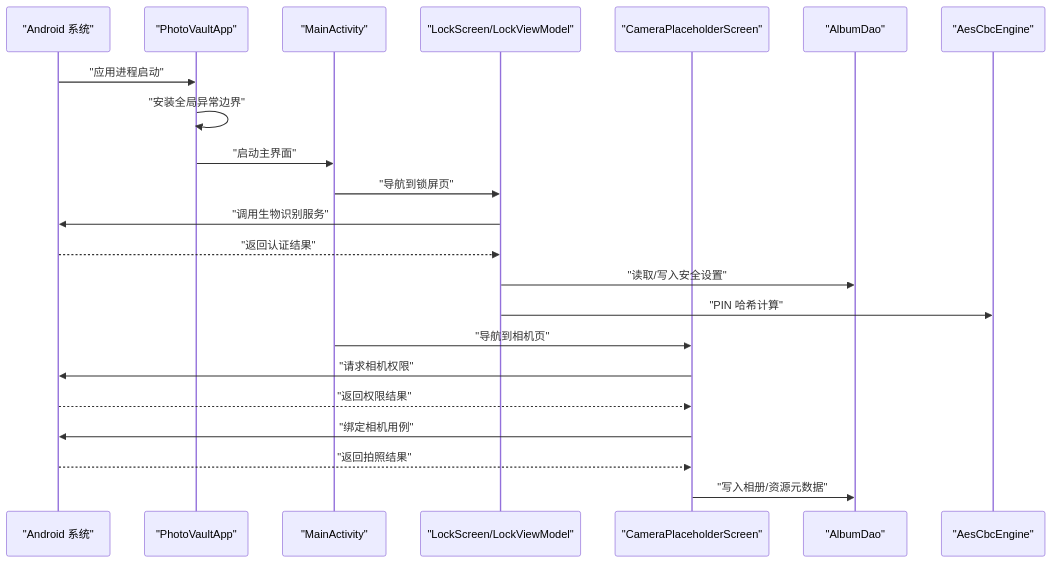
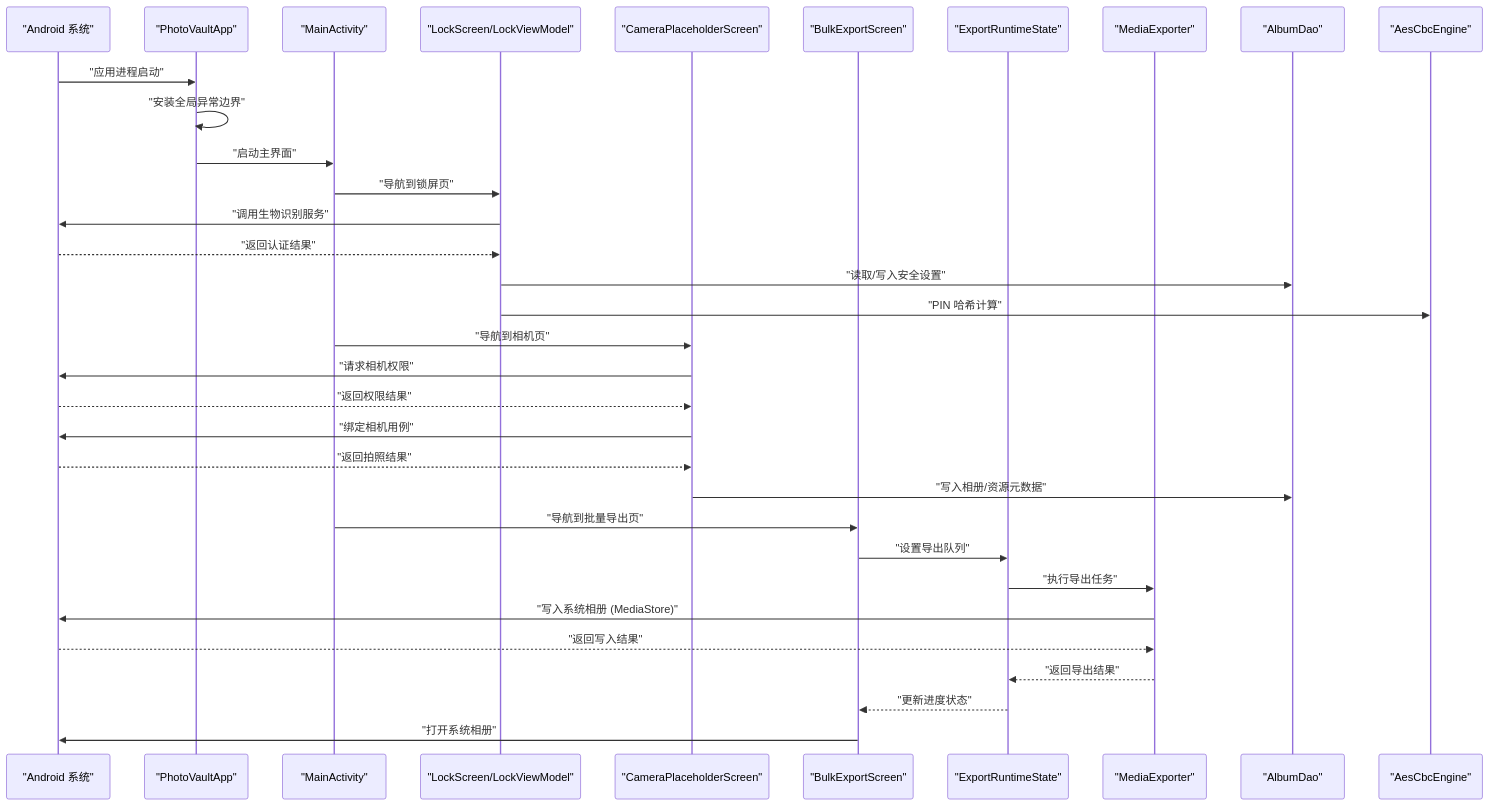
Before and after one commit to wanhongbo/ai-photo-vault: the second of 7 diagrams in .qoder/repowiki/zh/content/系统集成/系统集成.md, drawn with Mermaid. The commit also changed other lines of this file and 22 other files, not shown here.

````diff
--- a/.qoder/repowiki/zh/content/系统集成/系统集成.md
+++ b/.qoder/repowiki/zh/content/系统集成/系统集成.md
@@ -125,24 +152,35 @@
 ```mermaid
 sequenceDiagram
 participant OS as "Android 系统"
 participant App as "PhotoVaultApp"
 participant Act as "MainActivity"
 participant Lock as "LockScreen/LockViewModel"
 participant Cam as "CameraPlaceholderScreen"
+participant Export as "BulkExportScreen"
+participant State as "ExportRuntimeState"
+participant Media as "MediaExporter"
 participant DB as "AlbumDao"
 participant Crypto as "AesCbcEngine"
 OS->>App : "应用进程启动"
 App->>App : "安装全局异常边界"
 App->>Act : "启动主界面"
 Act->>Lock : "导航到锁屏页"
 Lock->>OS : "调用生物识别服务"
 OS-->>Lock : "返回认证结果"
 Lock->>DB : "读取/写入安全设置"
 Lock->>Crypto : "PIN 哈希计算"
 Act->>Cam : "导航到相机页"
 Cam->>OS : "请求相机权限"
 OS-->>Cam : "返回权限结果"
 Cam->>OS : "绑定相机用例"
 OS-->>Cam : "返回拍照结果"
 Cam->>DB : "写入相册/资源元数据"
+Act->>Export : "导航到批量导出页"
+Export->>State : "设置导出队列"
+State->>Media : "执行导出任务"
+Media->>OS : "写入系统相册 (MediaStore)"
+OS-->>Media : "返回写入结果"
+Media-->>State : "返回导出结果"
+State-->>Export : "更新进度状态"
+Export->>OS : "打开系统相册"
 ```
````
